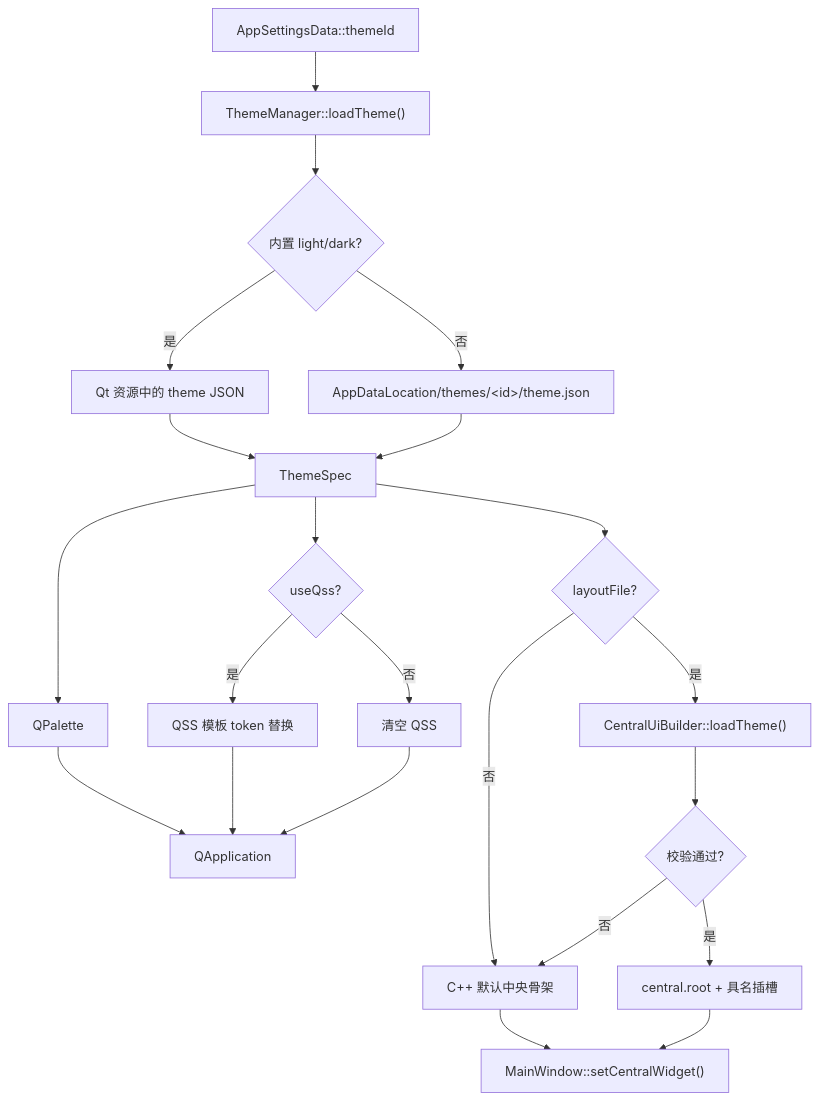
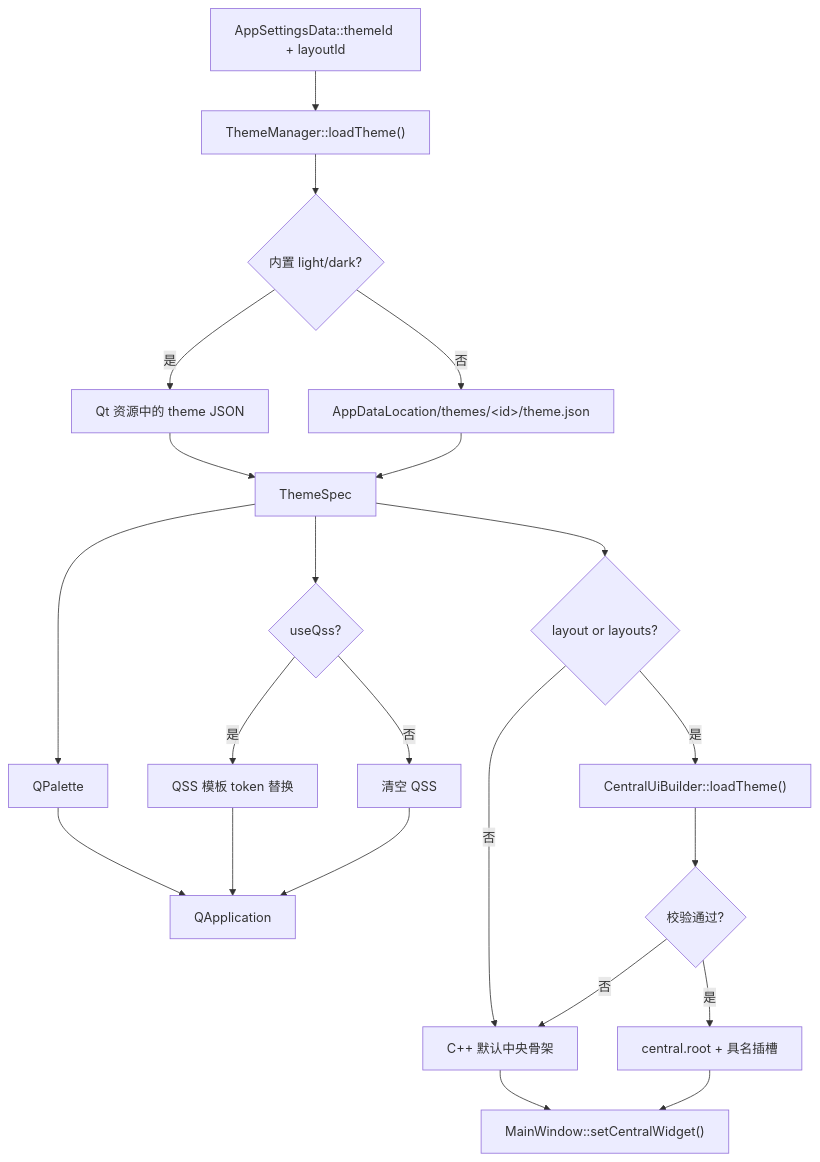
Diagram 13 of 13 in docs/FLOW.md (iLogIng/qt-rich-text-renderer), drawn with Mermaid before and after one commit. The commit also changed other lines of this file and 4 other files, not shown here.

````diff
--- a/docs/FLOW.md
+++ b/docs/FLOW.md
@@ -366,24 +366,24 @@
 ```mermaid
 flowchart TD
-    A["AppSettingsData::themeId"] --> B["ThemeManager::loadTheme()"]
+    A["AppSettingsData::themeId + layoutId"] --> B["ThemeManager::loadTheme()"]
     B --> C{"内置 light/dark?"}
     C -- 是 --> D["Qt 资源中的 theme JSON"]
     C -- 否 --> E["AppDataLocation/themes/&lt;id&gt;/theme.json"]
     D --> F["ThemeSpec"]
     E --> F
     F --> G["QPalette"]
     F --> H{"useQss?"}
     H -- 是 --> I["QSS 模板 token 替换"]
     H -- 否 --> J["清空 QSS"]
     G --> K["QApplication"]
     I --> K
     J --> K
-    F --> L{"layoutFile?"}
+    F --> L{"layout or layouts?"}
     L -- 否 --> M["C++ 默认中央骨架"]
     L -- 是 --> N["CentralUiBuilder::loadTheme()"]
     N --> O{"校验通过?"}
     O -- 否 --> M
     O -- 是 --> P["central.root + 具名插槽"]
     M --> Q["MainWindow::setCentralWidget()"]
     P --> Q
 ```
````
